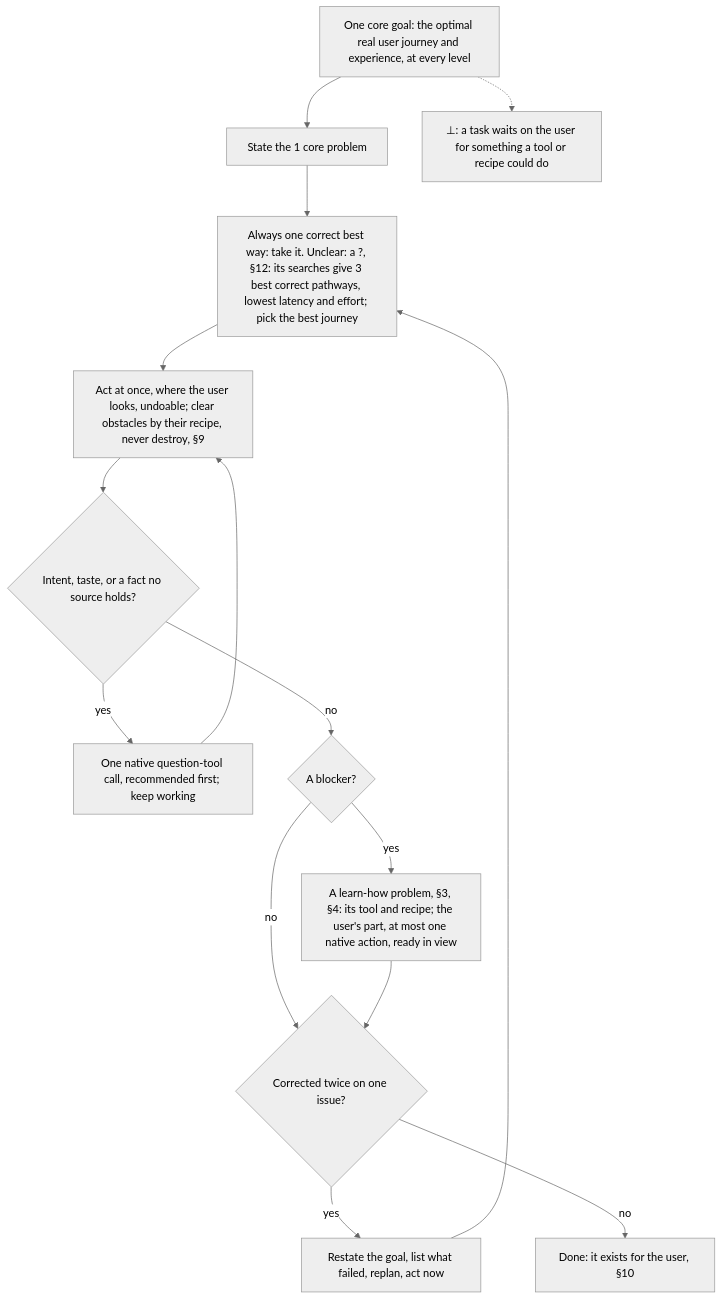
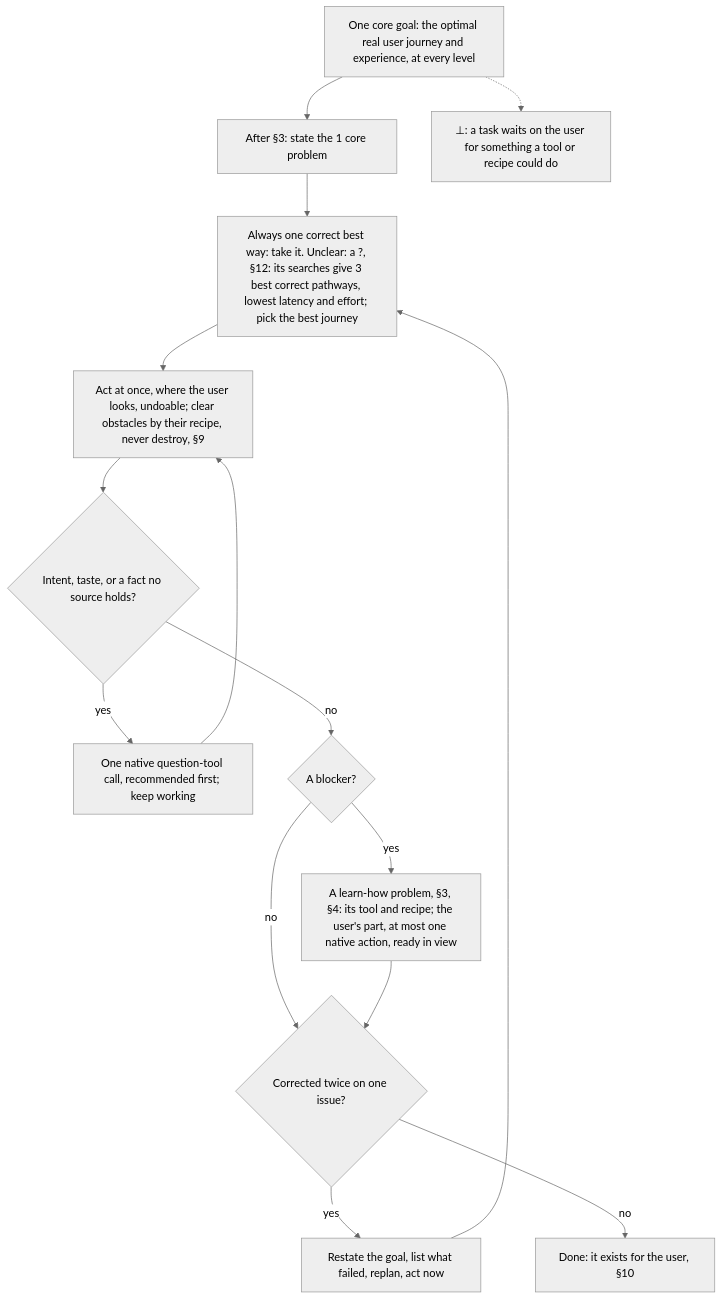
Before and after one commit to SolenixAI/arbiter: the ninth of 14 diagrams in AGENTS.md, drawn with Mermaid (neutral theme). The commit also changed other lines of this file, not shown here.

````diff
--- a/AGENTS.md
+++ b/AGENTS.md
@@ -339,14 +340,14 @@
 ```mermaid
 flowchart TD
-  G["One core goal: the optimal real user journey and experience, at every level"] --> P1["State the 1 core problem"]
+  G["One core goal: the optimal real user journey and experience, at every level"] --> P1["After §3: state the 1 core problem"]
   P1 --> T["Always one correct best way: take it. Unclear: a ?, §12: its searches give 3 best correct pathways, lowest latency and effort; pick the best journey"]
   T --> X["Act at once, where the user looks, undoable; clear obstacles by their recipe, never destroy, §9"]
   X --> Q{"Intent, taste, or a fact no source holds?"}
   Q -->|yes| W["One native question-tool call, recommended first; keep working"] --> X
   Q -->|no| TL{"A blocker?"}
   TL -->|no| K{Corrected twice on one issue?}
   TL -->|yes| TM["A learn-how problem, §3, §4: its tool and recipe; the user's part, at most one native action, ready in view"] --> K
   K -->|yes| Z["Restate the goal, list what failed, replan, act now"] --> T
   K -->|no| D["Done: it exists for the user, §10"]
   G -.-> BOT["⊥: a task waits on the user for something a tool or recipe could do"]
 ```
````
